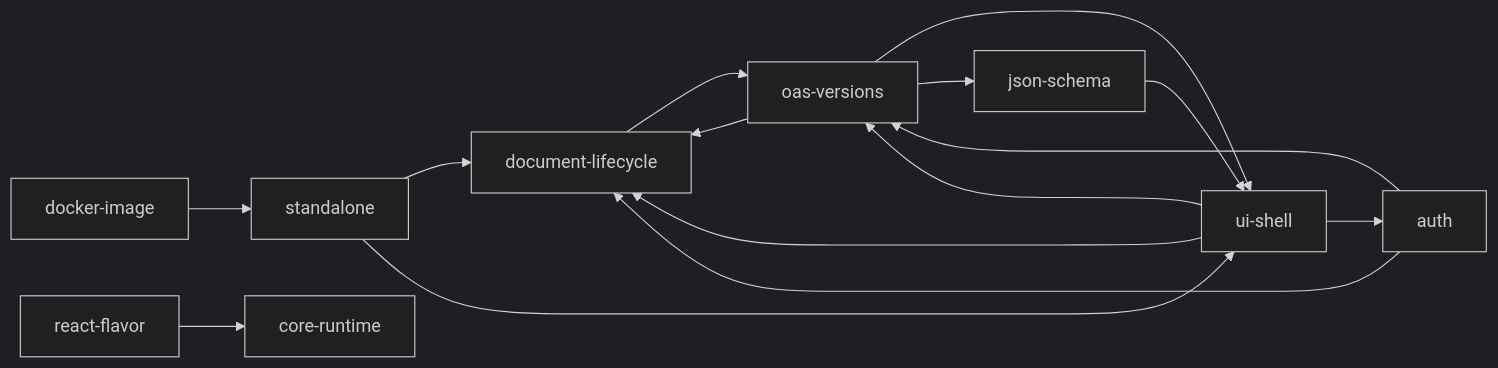
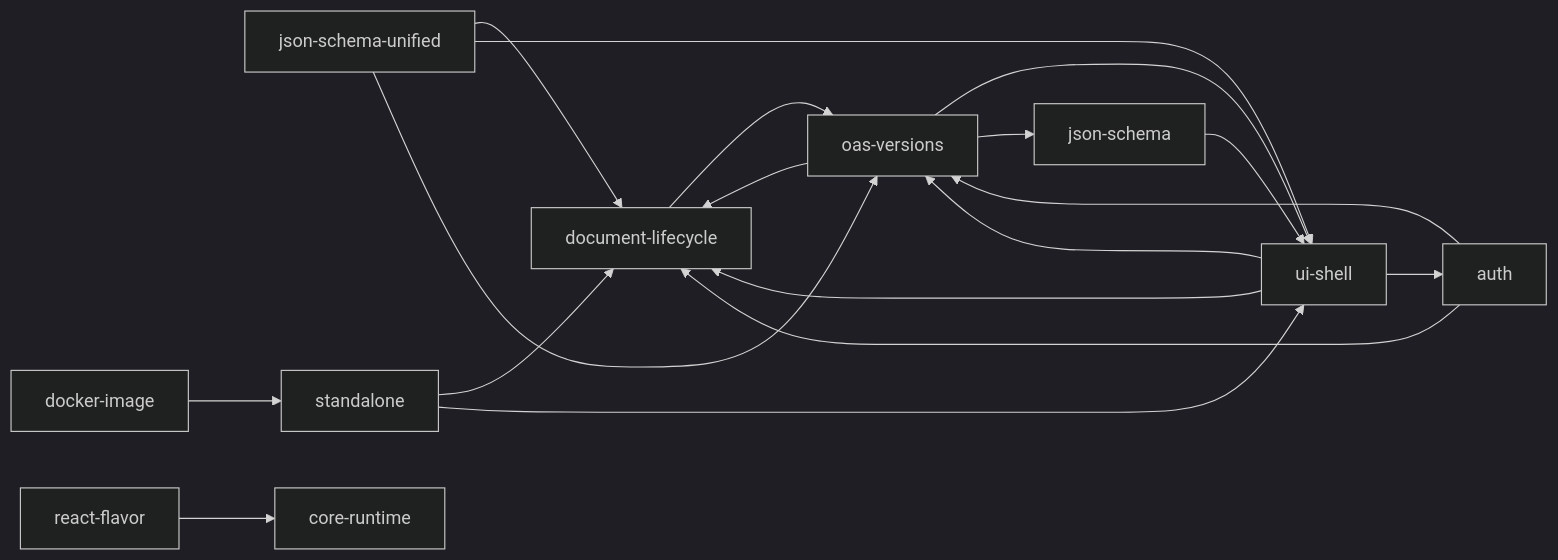
Before and after one commit to swagger-api/swagger-ui: the diagram in architecture.md, drawn with Mermaid (dark theme). The commit also changed other lines of this file and 123 other files, not shown here.

Commit message:
feat(json-schema-unified): add opt-in schema view for OAS 3.1/3.2

````diff
--- a/architecture.md
+++ b/architecture.md
@@ -38,17 +39,20 @@
 ```mermaid
 flowchart LR
   DL[document-lifecycle] --> OV[oas-versions]
   AU[auth] --> DL
   AU --> OV
   UI[ui-shell] --> DL
   UI --> AU
   UI --> OV
   OV --> DL
   OV --> UI
   OV --> JS[json-schema]
   JS --> UI
+  JU[json-schema-unified] --> DL
+  JU --> UI
+  JU --> OV
   ST[standalone] --> DL
   ST --> UI
   RE[react-flavor] --> CR[core-runtime]
   DK[docker-image] --> ST
 ```
````
